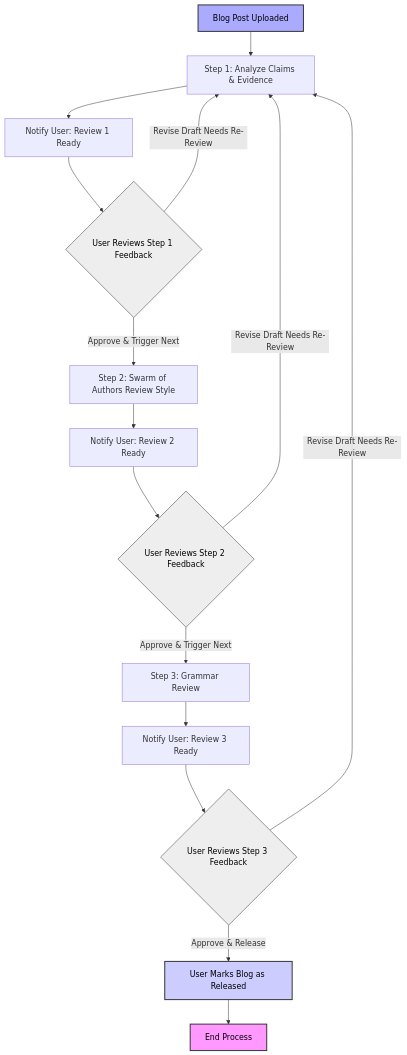
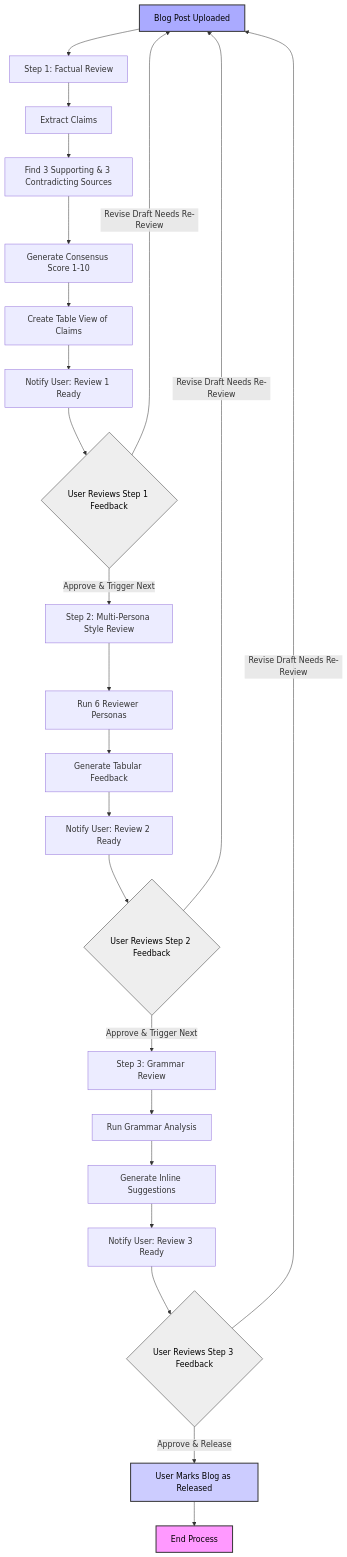
One commit to XavierDedenbach/blog-accelerator-agent changed the second of 2 diagrams in project_requirements/prd.md. Above: the diagram before and after it, drawn with Mermaid. The commit also changed other lines of this file and 22 other files, not shown here.

````diff
--- a/project_requirements/prd.md
+++ b/project_requirements/prd.md
@@ -63,30 +59,41 @@
 ```mermaid
 graph TD
-    A[Blog Post Uploaded] --> B[Step 1: Analyze Claims & Evidence];
-    B --> C[Notify User: Review 1 Ready];
+    A[Blog Post Uploaded] --> B[Step 1: Factual Review];
+    B --> B1[Extract Claims];
+    B1 --> B2[Find 3 Supporting & 3 Contradicting Sources];
+    B2 --> B3[Generate Consensus Score 1-10];
+    B3 --> B4[Create Table View of Claims];
+    B4 --> C[Notify User: Review 1 Ready];
+    
     C --> D{User Reviews Step 1 Feedback};
 
-    D -- Approve & Trigger Next --> E[Step 2: Swarm of Authors Review Style];
-    D -- Revise Draft Needs Re-Review --> B;
+    D -- Approve & Trigger Next --> E[Step 2: Multi-Persona Style Review];
+    D -- Revise Draft Needs Re-Review --> A;
 
-    E --> F[Notify User: Review 2 Ready];
+    E --> E1[Run 6 Reviewer Personas];
+    E1 --> E2[Generate Tabular Feedback];
+    E2 --> F[Notify User: Review 2 Ready];
+    
     F --> G{User Reviews Step 2 Feedback};
 
     G -- Approve & Trigger Next --> H[Step 3: Grammar Review];
-    G -- Revise Draft Needs Re-Review --> B;
+    G -- Revise Draft Needs Re-Review --> A;
 
-    H --> I[Notify User: Review 3 Ready];
+    H --> H1[Run Grammar Analysis];
+    H1 --> H2[Generate Inline Suggestions];
+    H2 --> I[Notify User: Review 3 Ready];
+    
     I --> J{User Reviews Step 3 Feedback};
 
     J -- Approve & Release --> K[User Marks Blog as Released];
-    J -- Revise Draft Needs Re-Review --> B;
+    J -- Revise Draft Needs Re-Review --> A;
 
     K --> L[End Process];
 
     style A fill:#aaf,stroke:#333,stroke-width:2px,color:#000
     style K fill:#ccf,stroke:#333,stroke-width:2px,color:#000
     style L fill:#f9f,stroke:#333,stroke-width:2px,color:#000
     style D diamond,fill:#eee,stroke:#333,stroke-width:1px,color:#000
     style G diamond,fill:#eee,stroke:#333,stroke-width:1px,color:#000
     style J diamond,fill:#eee,stroke:#333,stroke-width:1px,color:#000
 ```
````
